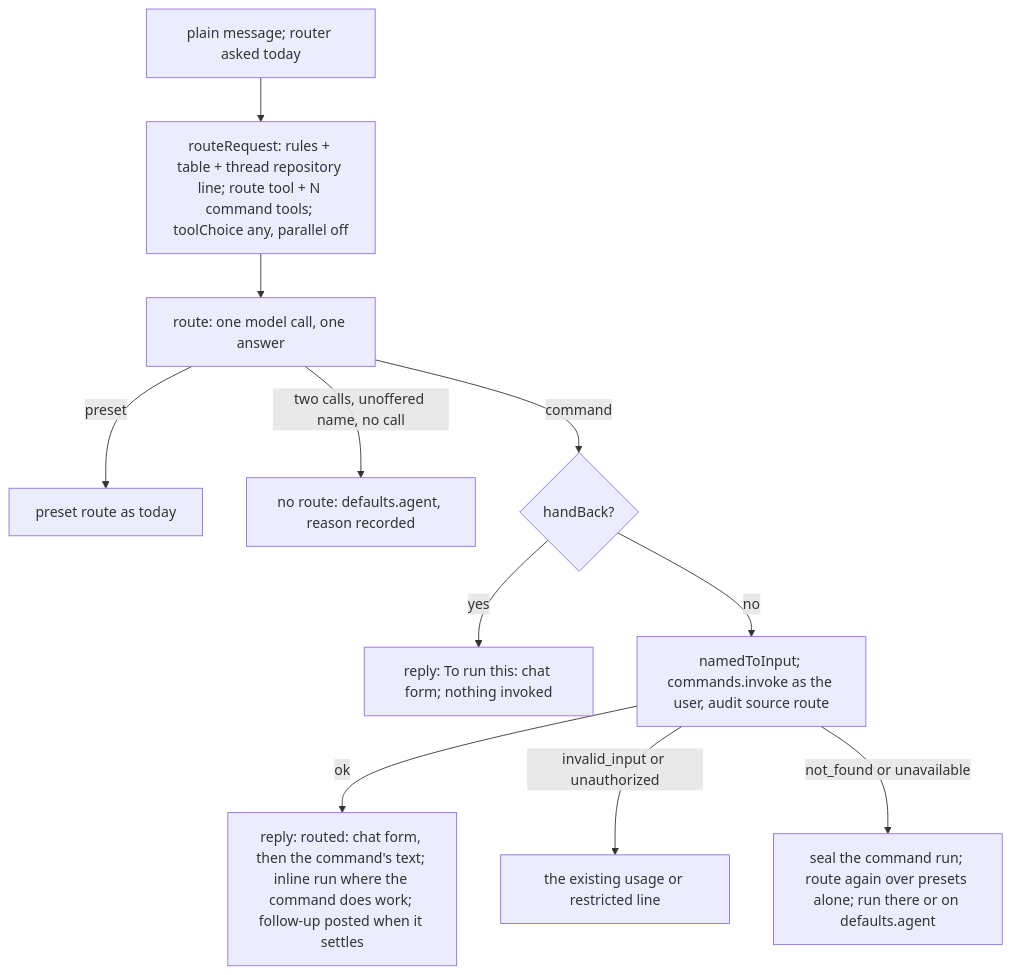
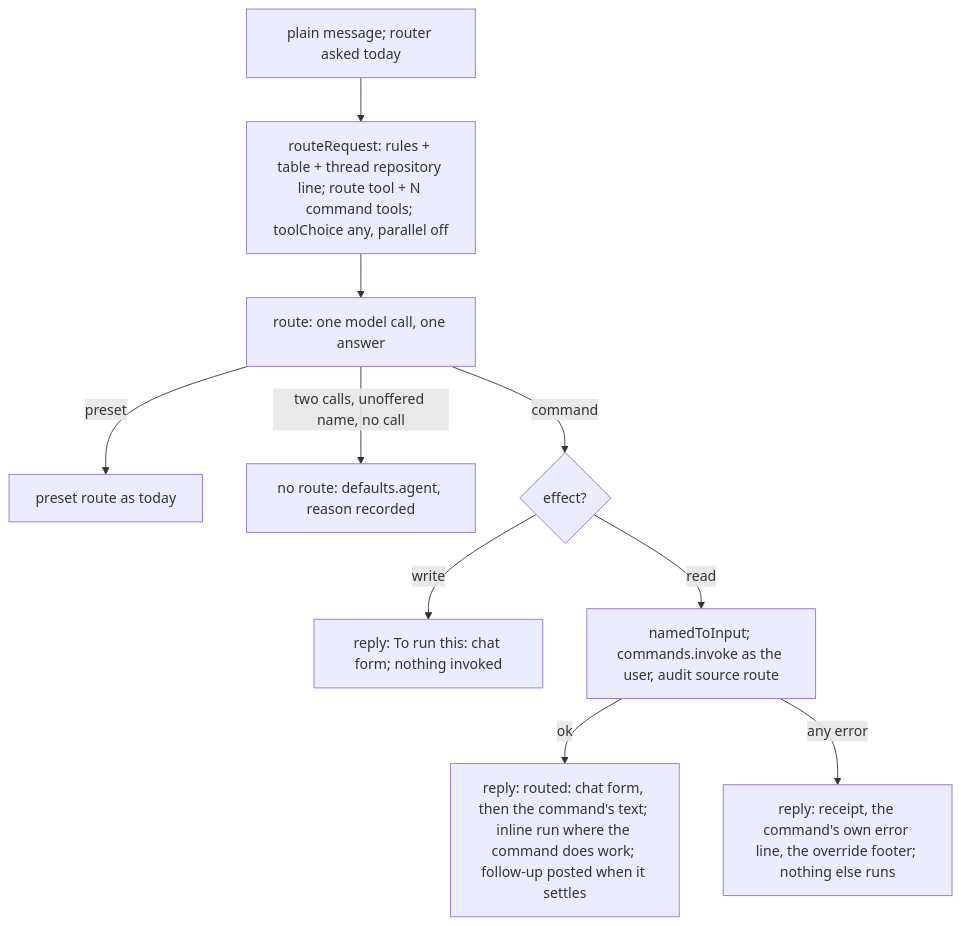
One commit to coreplanelabs/switchboard changed the diagram in docs/plans/2026-09-15-002-feat-commands-through-the-front-door-plan.md. Above: the diagram before and after it, drawn with Mermaid. The commit also changed other lines of this file and 2 other files, not shown here.

First line of the commit message:
docs(docs): record 0039, the front door writes nothing from prose and never routes twice, with the commands plan amended to hand back every write by its effect and to reply instead of re-routing a failed command

````diff
--- a/docs/plans/2026-09-15-002-feat-commands-through-the-front-door-plan.md
+++ b/docs/plans/2026-09-15-002-feat-commands-through-the-front-door-plan.md
@@ -95,13 +95,12 @@
 ```mermaid
 flowchart TB
   A[plain message; router asked today] --> B[routeRequest: rules + table + thread repository line; route tool + N command tools; toolChoice any, parallel off]
   B --> M[route: one model call, one answer]
   M -->|preset| P[preset route as today]
   M -->|two calls, unoffered name, no call| F[no route: defaults.agent, reason recorded]
-  M -->|command| C{handBack?}
-  C -->|yes| H[reply: To run this: chat form; nothing invoked]
-  C -->|no| I[namedToInput; commands.invoke as the user, audit source route]
+  M -->|command| C{effect?}
+  C -->|write| H[reply: To run this: chat form; nothing invoked]
+  C -->|read| I[namedToInput; commands.invoke as the user, audit source route]
   I -->|ok| R[reply: routed: chat form, then the command's text; inline run where the command does work; follow-up posted when it settles]
-  I -->|invalid_input or unauthorized| U[the existing usage or restricted line]
-  I -->|not_found or unavailable| S[seal the command run; route again over presets alone; run there or on defaults.agent]
+  I -->|any error| U[reply: receipt, the command's own error line, the override footer; nothing else runs]
 ```
````
